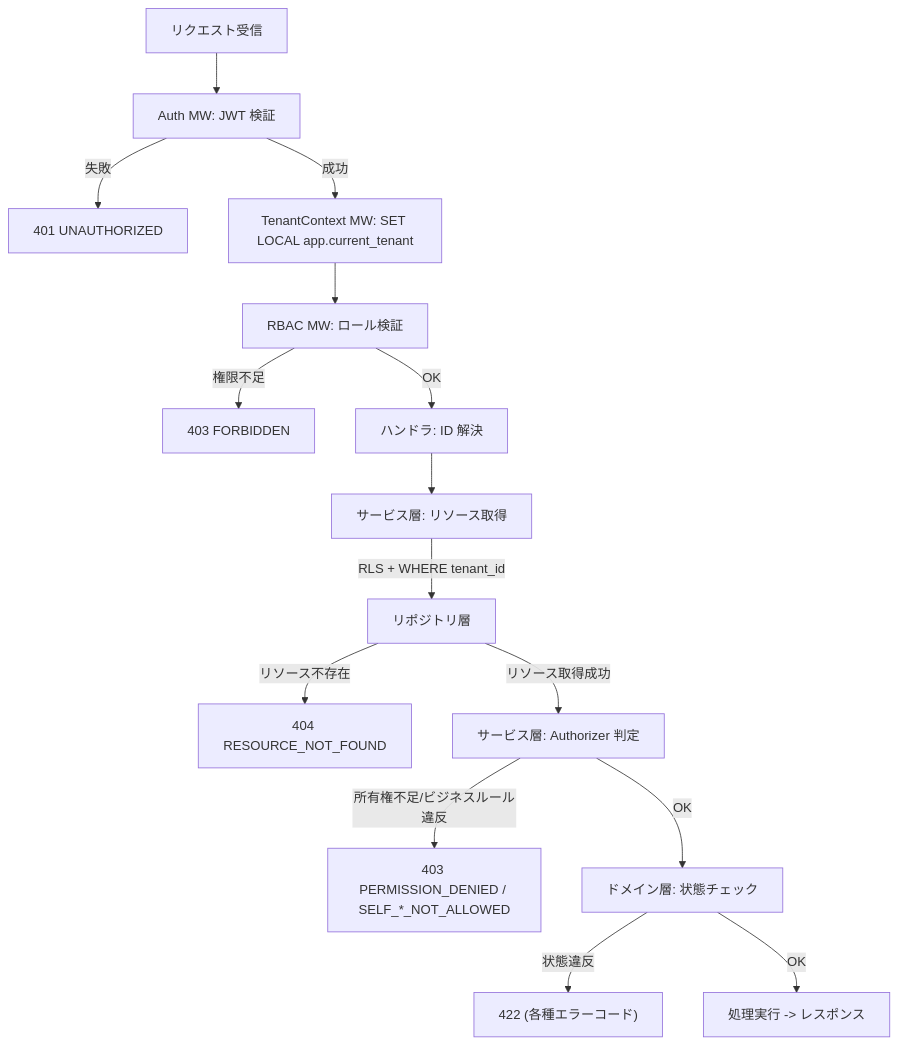
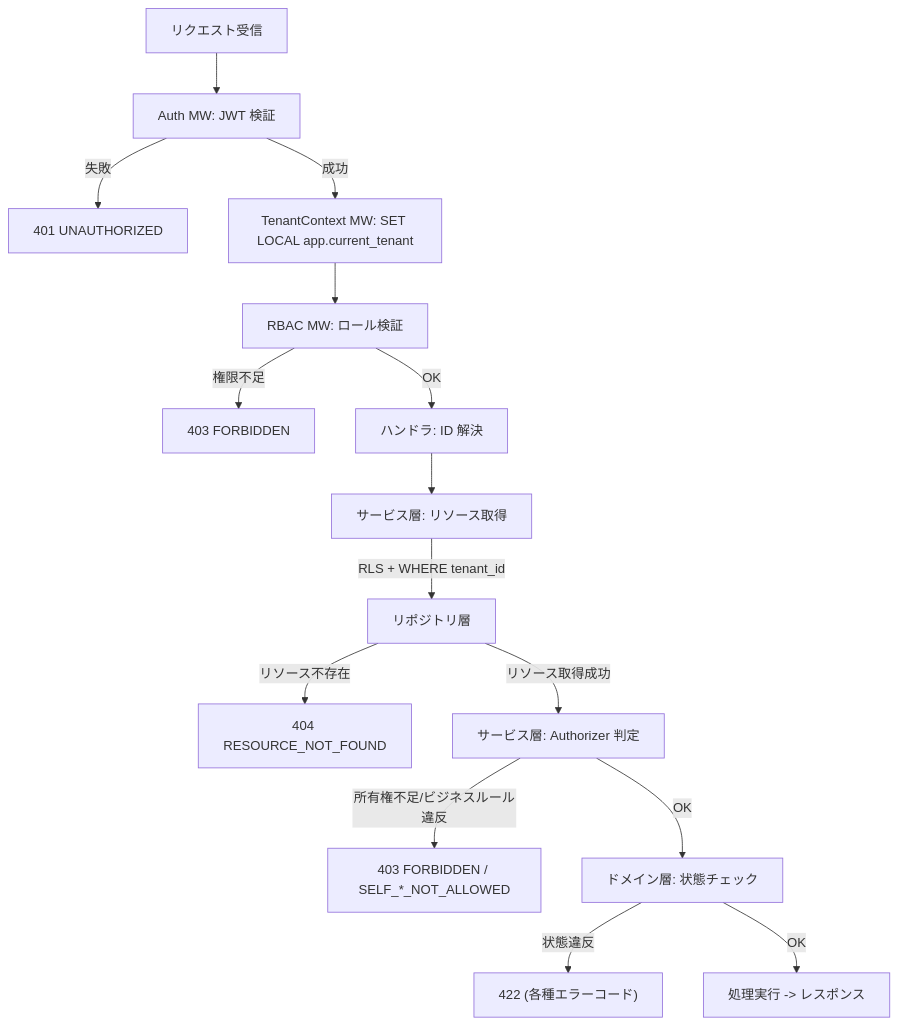
Before and after one commit to atsuro128/dev-journal: the first of 3 diagrams in deliverables/docs/50_detail_design/authz.md, drawn with Mermaid. The commit also changed other lines of this file and 9 other files, not shown here.

First line of the commit message:
fix: PERMISSION_DENIED を FORBIDDEN に統一（review-finding 051・上流 RBC-004 準拠）

````diff
--- a/deliverables/docs/50_detail_design/authz.md
+++ b/deliverables/docs/50_detail_design/authz.md
@@ -87,17 +87,17 @@
 ```mermaid
 flowchart TD
     REQ["リクエスト受信"] --> MW_AUTH["Auth MW: JWT 検証"]
     MW_AUTH -->|"失敗"| E401["401 UNAUTHORIZED"]
     MW_AUTH -->|"成功"| MW_TENANT["TenantContext MW: SET LOCAL app.current_tenant"]
     MW_TENANT --> MW_RBAC["RBAC MW: ロール検証"]
     MW_RBAC -->|"権限不足"| E403_ROLE["403 FORBIDDEN"]
     MW_RBAC -->|"OK"| HANDLER["ハンドラ: ID 解決"]
     HANDLER --> SERVICE["サービス層: リソース取得"]
     SERVICE -->|"RLS + WHERE tenant_id"| REPO["リポジトリ層"]
     REPO -->|"リソース不存在"| E404["404 RESOURCE_NOT_FOUND"]
     REPO -->|"リソース取得成功"| AUTHZ["サービス層: Authorizer 判定"]
-    AUTHZ -->|"所有権不足/ビジネスルール違反"| E403_BIZ["403 PERMISSION_DENIED / SELF_*_NOT_ALLOWED"]
+    AUTHZ -->|"所有権不足/ビジネスルール違反"| E403_BIZ["403 FORBIDDEN / SELF_*_NOT_ALLOWED"]
     AUTHZ -->|"OK"| DOMAIN["ドメイン層: 状態チェック"]
     DOMAIN -->|"状態違反"| E422["422 (各種エラーコード)"]
     DOMAIN -->|"OK"| SUCCESS["処理実行 -> レスポンス"]
 ```
````
